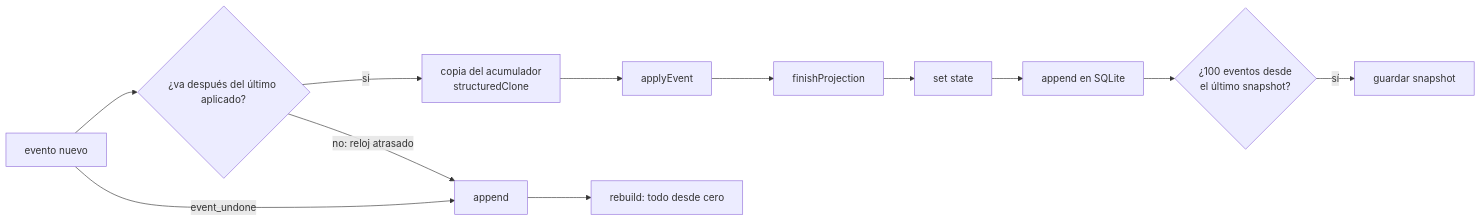
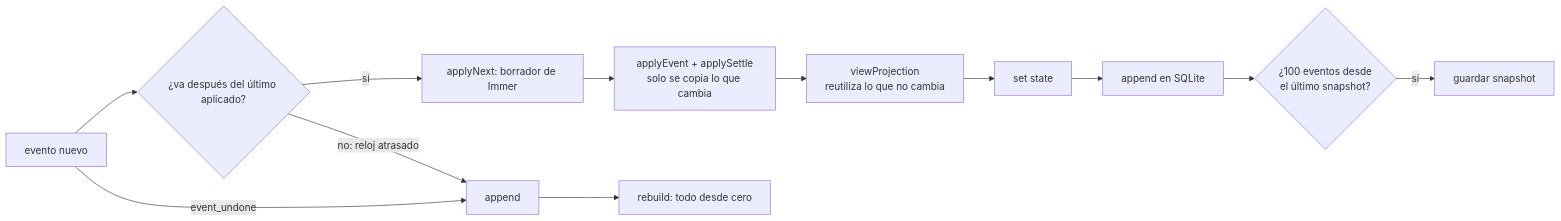
One commit to Carlos-Requena/Quest_Tareas changed the first of 2 diagrams in src/features/snapshot/README.md. Above: the diagram before and after it, drawn with Mermaid. The commit also changed other lines of this file and 18 other files, not shown here.

````diff
--- a/src/features/snapshot/README.md
+++ b/src/features/snapshot/README.md
@@ -42,9 +44,9 @@
 ```mermaid
 flowchart LR
     A[evento nuevo] --> B{¿va después del último aplicado?}
-    B -- sí --> C[copia del acumulador<br/>structuredClone] --> D[applyEvent] --> E[finishProjection] --> F[set state]
+    B -- sí --> C[applyNext: borrador de Immer] --> D[applyEvent + applySettle<br/>solo se copia lo que cambia] --> E[viewProjection<br/>reutiliza lo que no cambia] --> F[set state]
     F --> G[append en SQLite] --> H{¿100 eventos desde<br/>el último snapshot?}
     H -- sí --> I[guardar snapshot]
     B -- no: reloj atrasado --> J[append] --> K[rebuild: todo desde cero]
     A -- event_undone --> J
 ```
````
